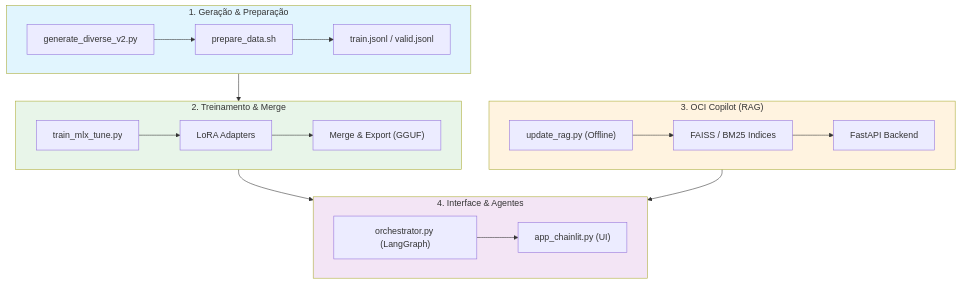
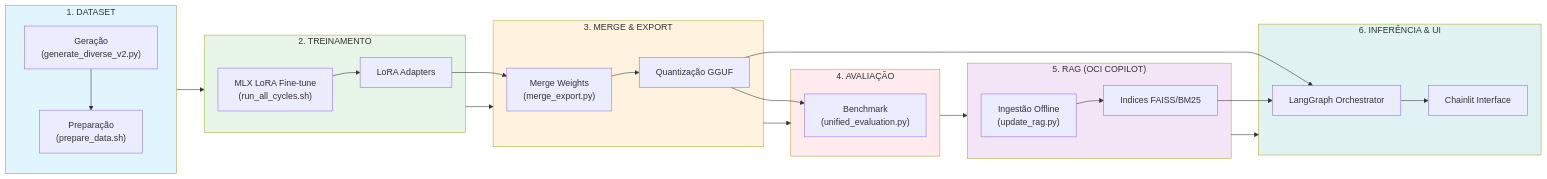
Before and after one commit to otavio-lemos/olia-2-oci: the diagram in README.md, drawn with Mermaid. The commit also changed other lines of this file, not shown here.

Commit message:
docs: absolute final README reorganization with correct process flow, complete badges, and small fonts

````diff
--- a/README.md
+++ b/README.md
@@ -47,30 +47,41 @@
 ```mermaid
-flowchart TD
-    subgraph GENERATION["1. Geração & Preparação"]
-        A1["generate_diverse_v2.py"] --> A2["prepare_data.sh"]
-        A2 --> A3["train.jsonl / valid.jsonl"]
+flowchart LR
+    subgraph DS["1. DATASET"]
+        A1["Geração<br/>(generate_diverse_v2.py)"] --> A2["Preparação<br/>(prepare_data.sh)"]
     end
 
-    subgraph TRAINING["2. Treinamento & Merge"]
-        B1["train_mlx_tune.py"] --> B2["LoRA Adapters"]
-        B2 --> B3["Merge & Export (GGUF)"]
+    subgraph TR["2. TREINAMENTO"]
+        B1["MLX LoRA Fine-tune<br/>(run_all_cycles.sh)"] --> B2["LoRA Adapters"]
     end
 
-    subgraph RAG["3. OCI Copilot (RAG)"]
-        C1["update_rag.py (Offline)"] --> C2["FAISS / BM25 Indices"]
-        C2 --> C3["FastAPI Backend"]
+    subgraph ME["3. MERGE & EXPORT"]
+        B2 --> C1["Merge Weights<br/>(merge_export.py)"] --> C2["Quantização GGUF"]
     end
 
-    subgraph UI["4. Interface & Agentes"]
-        D1["orchestrator.py (LangGraph)"] --> D2["app_chainlit.py (UI)"]
+    subgraph EV["4. AVALIAÇÃO"]
+        C2 --> D1["Benchmark<br/>(unified_evaluation.py)"]
     end
 
-    GENERATION --> TRAINING
-    TRAINING --> UI
-    RAG --> UI
+    subgraph RG["5. RAG (OCI COPILOT)"]
+        E1["Ingestão Offline<br/>(update_rag.py)"] --> E2["Indices FAISS/BM25"]
+    end
 
-    style GENERATION fill:#e1f5fe
-    style TRAINING fill:#e8f5e9
-    style RAG fill:#fff3e0
-    style UI fill:#f3e5f5
+    subgraph UI["6. INFERÊNCIA & UI"]
+        C2 --> F1["LangGraph Orchestrator"]
+        E2 --> F1
+        F1 --> F2["Chainlit Interface"]
+    end
+
+    DS --> TR
+    TR --> ME
+    ME --> EV
+    EV --> RG
+    RG --> UI
+
+    style DS fill:#e1f5fe
+    style TR fill:#e8f5e9
+    style ME fill:#fff3e0
+    style EV fill:#ffebee
+    style RG fill:#f3e5f5
+    style UI fill:#e0f2f1
 ```
````
